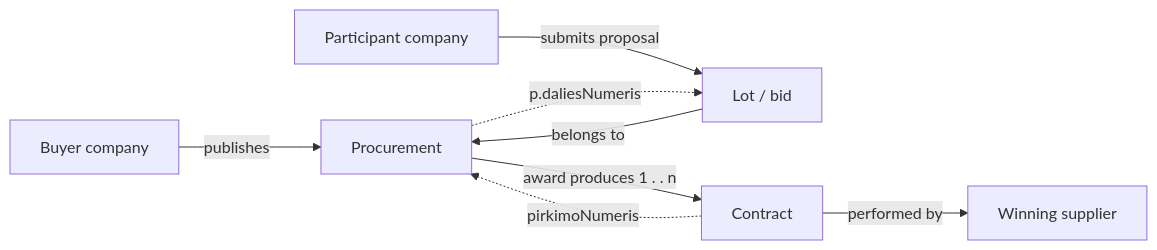
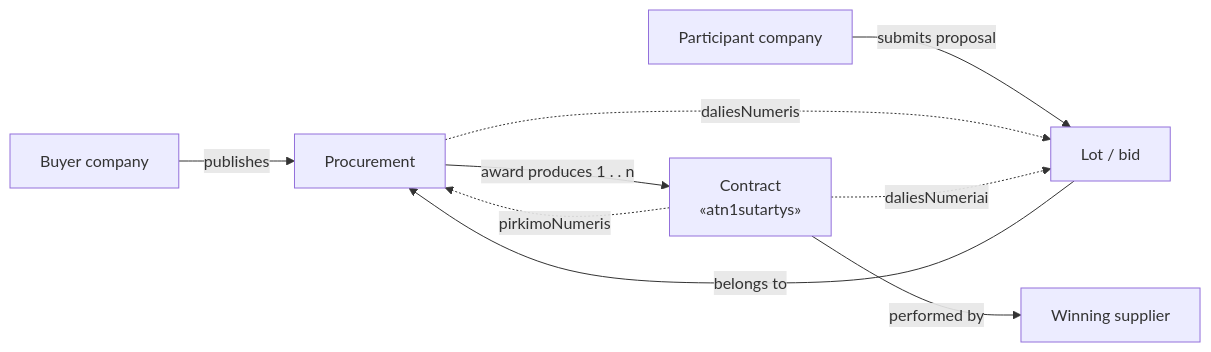
The diagram in docs/indicators-story/indicators-canonical.md (Viespirkiu-grupe/viespirkiai), drawn with Mermaid before and after one commit. The commit also changed other lines of this file and 2 other files, not shown here.

Commit message:
documentation updates

````diff
--- a/docs/indicators-story/indicators-canonical.md
+++ b/docs/indicators-story/indicators-canonical.md
@@ -76,10 +76,11 @@
 ```mermaid
 flowchart LR
     B[Buyer company] -->|publishes| P[Procurement]
     S[Participant company] -->|submits proposal| L[Lot / bid]
     L -->|belongs to| P
-    P -.->|p.daliesNumeris| L
-    P -->|award produces 1 . . n| C[Contract]
+    P -.->|daliesNumeris| L
+    C -.->|daliesNumeriai| L
+    P -->|award produces 1 . . n| C[Contract\n«atn1sutartys»]
     C -->|performed by| W[Winning supplier]
     C -.->|pirkimoNumeris| P
 ```
````
